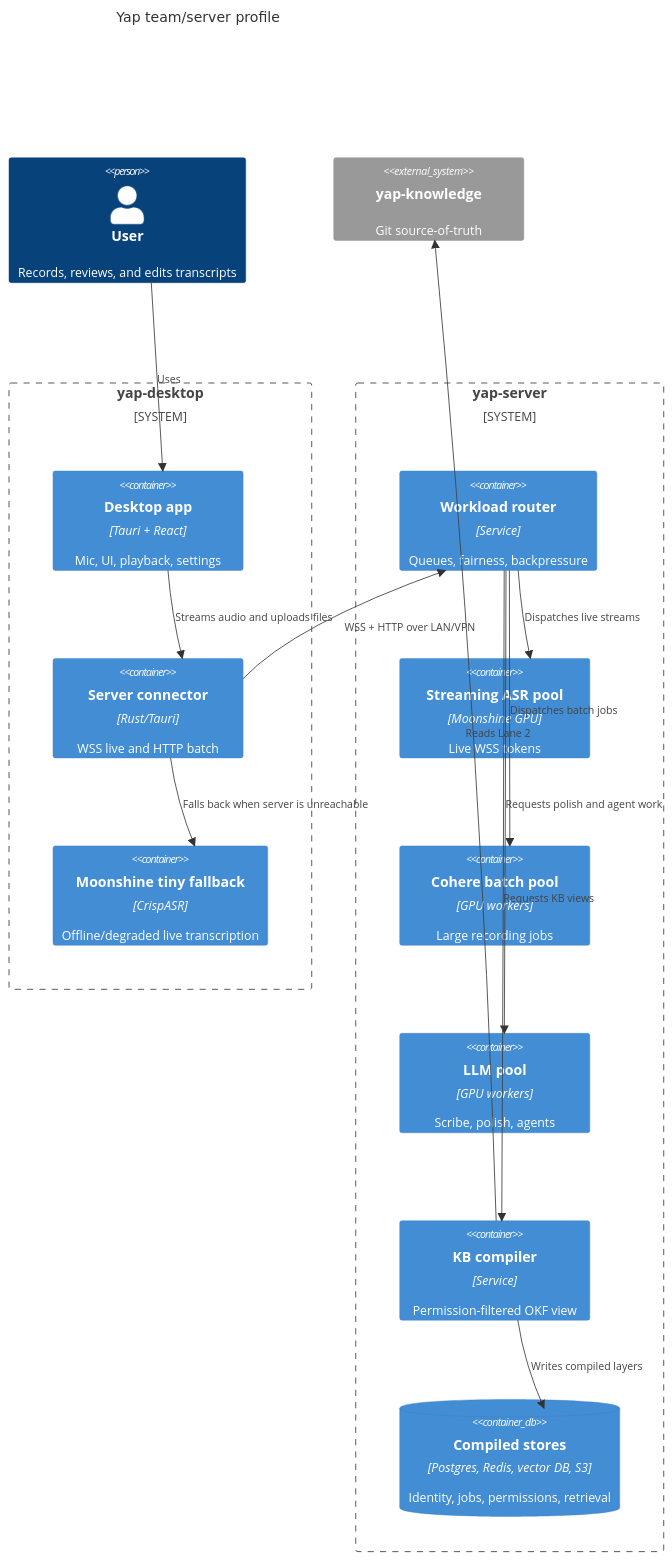
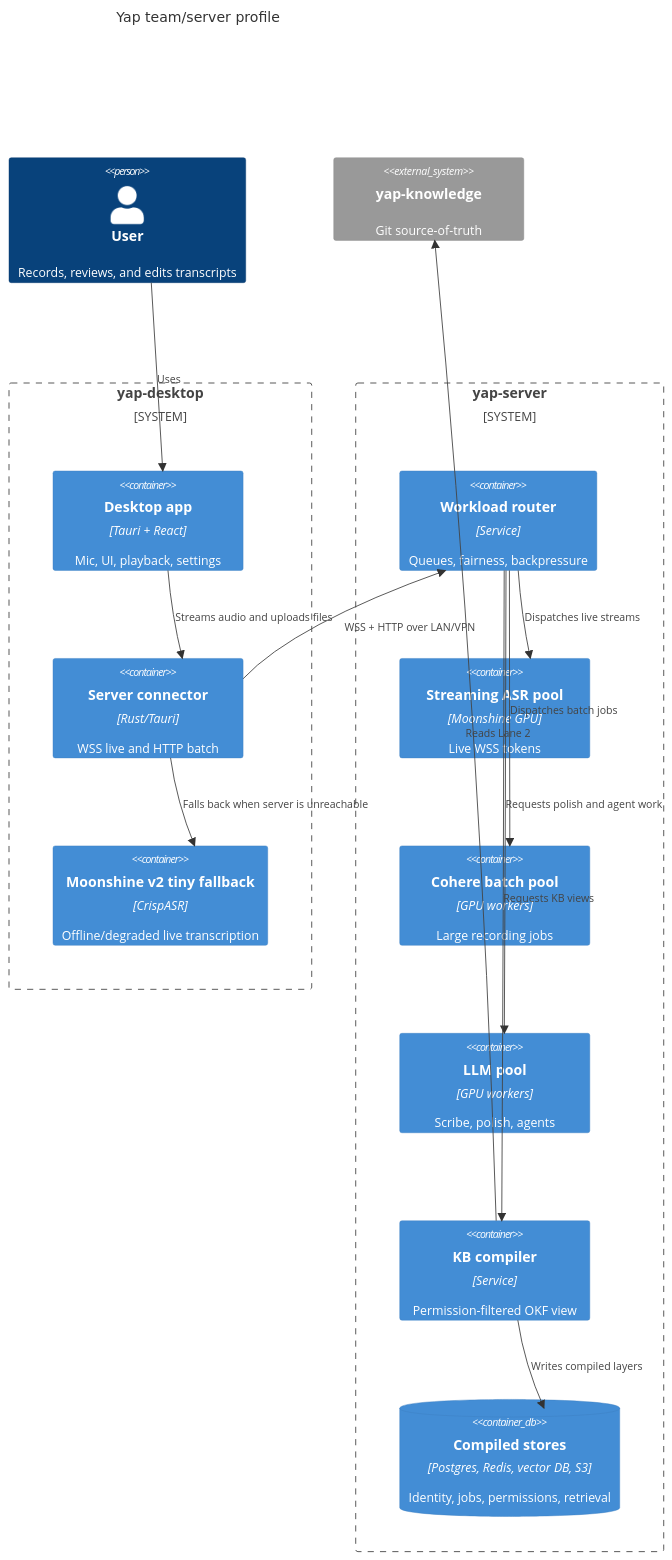
The second of 5 diagrams in docs/adr/0014-server-tier-compute-topology.md (mcnatg1/yap), drawn with Mermaid before and after one commit. The commit also changed other lines of this file and 19 other files, not shown here.

Commit message:
feat: align live fallback with moonshine v2 tiny

````diff
--- a/docs/adr/0014-server-tier-compute-topology.md
+++ b/docs/adr/0014-server-tier-compute-topology.md
@@ -90,34 +90,34 @@
 ```mermaid
 C4Container
     title Yap team/server profile
 
     Person(user, "User", "Records, reviews, and edits transcripts")
 
     System_Boundary(desktopBoundary, "yap-desktop") {
         Container(desktop, "Desktop app", "Tauri + React", "Mic, UI, playback, settings")
         Container(connector, "Server connector", "Rust/Tauri", "WSS live and HTTP batch")
-        Container(fallback, "Moonshine tiny fallback", "CrispASR", "Offline/degraded live transcription")
+        Container(fallback, "Moonshine v2 tiny fallback", "CrispASR", "Offline/degraded live transcription")
     }
 
     System_Boundary(serverBoundary, "yap-server") {
         Container(router, "Workload router", "Service", "Queues, fairness, backpressure")
         Container(asr, "Streaming ASR pool", "Moonshine GPU", "Live WSS tokens")
         Container(batch, "Cohere batch pool", "GPU workers", "Large recording jobs")
         Container(llm, "LLM pool", "GPU workers", "Scribe, polish, agents")
         Container(kbCompiler, "KB compiler", "Service", "Permission-filtered OKF view")
         ContainerDb(storage, "Compiled stores", "Postgres, Redis, vector DB, S3", "Identity, jobs, permissions, retrieval")
     }
 
     System_Ext(knowledge, "yap-knowledge", "Git source-of-truth")
 
     Rel(user, desktop, "Uses")
     Rel(desktop, connector, "Streams audio and uploads files")
     Rel(connector, router, "WSS + HTTP over LAN/VPN")
     Rel(connector, fallback, "Falls back when server is unreachable")
     Rel(router, asr, "Dispatches live streams")
     Rel(router, batch, "Dispatches batch jobs")
     Rel(router, llm, "Requests polish and agent work")
     Rel(router, kbCompiler, "Requests KB views")
     Rel(kbCompiler, knowledge, "Reads Lane 2")
     Rel(kbCompiler, storage, "Writes compiled layers")
 ```
````
